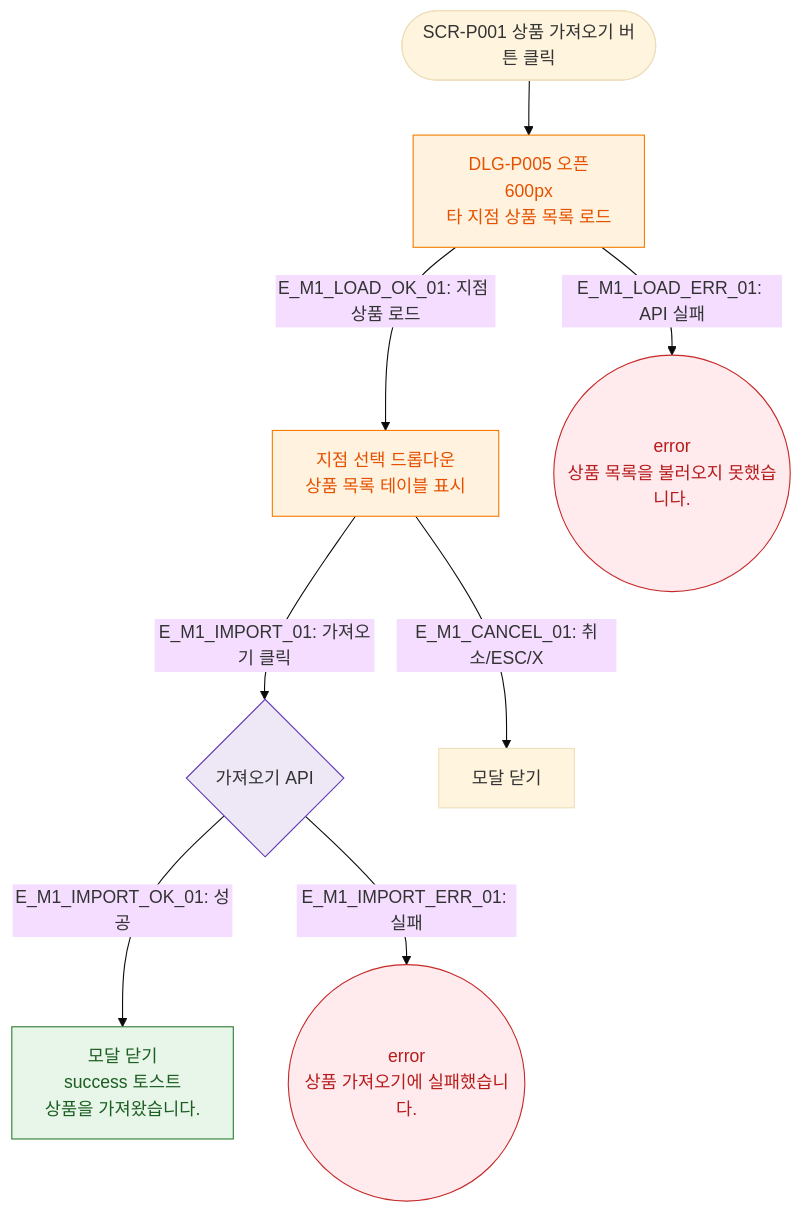
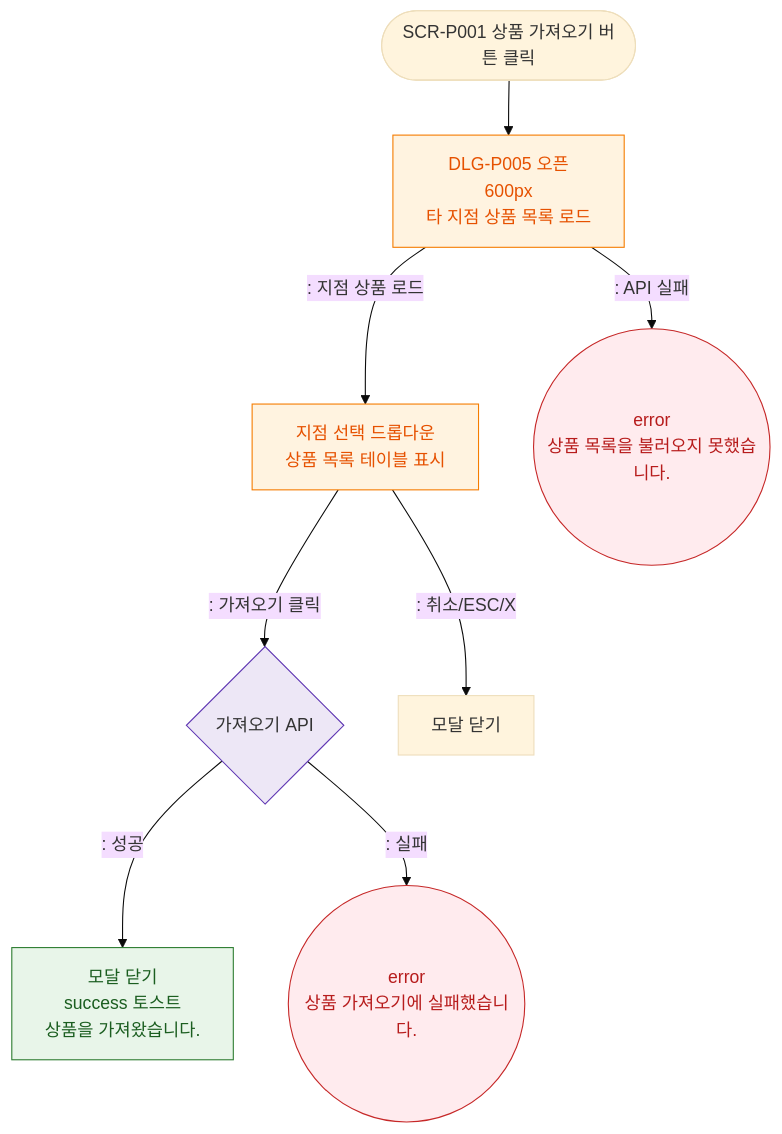
The diagram in docs/다이어그램/D05_상품관리/DLG/DLG-P005_상품가져오기/M1_모달생명주기.md (dev-spogym/admin-pando), drawn with Mermaid (base theme) before and after one commit. The commit also changed other lines of this file and 1660 other files, not shown here.

First line of the commit message:
다이어그램: 기획자/클라이언트 납품본으로 정리

````diff
--- a/docs/다이어그램/D05_상품관리/DLG/DLG-P005_상품가져오기/M1_모달생명주기.md
+++ b/docs/다이어그램/D05_상품관리/DLG/DLG-P005_상품가져오기/M1_모달생명주기.md
@@ -16,21 +14,21 @@
 ```mermaid
 flowchart TD
     TRIGGER([SCR-P001 상품 가져오기 버튼 클릭]) --> OpenModal[DLG-P005 오픈\n600px\n타 지점 상품 목록 로드]
-    OpenModal -->|"E_M1_LOAD_OK_01: 지점 상품 로드"| Ready[지점 선택 드롭다운\n상품 목록 테이블 표시]
-    OpenModal -->|"E_M1_LOAD_ERR_01: API 실패"| LoadErr((error\n상품 목록을 불러오지 못했습니다.))
+    OpenModal -->|": 지점 상품 로드"|Ready[지점 선택 드롭다운\n상품 목록 테이블 표시]
+    OpenModal -->|": API 실패"|LoadErr((error\n상품 목록을 불러오지 못했습니다.))
 
-    Ready -->|"E_M1_IMPORT_01: 가져오기 클릭"| ImportAPI{가져오기 API}
-    ImportAPI -->|"E_M1_IMPORT_OK_01: 성공"| CloseSuccess[모달 닫기\nsuccess 토스트\n상품을 가져왔습니다.]
-    ImportAPI -->|"E_M1_IMPORT_ERR_01: 실패"| ImportErr((error\n상품 가져오기에 실패했습니다.))
+    Ready -->|": 가져오기 클릭"|ImportAPI{가져오기 API}
+    ImportAPI -->|": 성공"|CloseSuccess[모달 닫기\nsuccess 토스트\n상품을 가져왔습니다.]
+    ImportAPI -->|": 실패"|ImportErr((error\n상품 가져오기에 실패했습니다.))
 
-    Ready -->|"E_M1_CANCEL_01: 취소/ESC/X"| Closed[모달 닫기]
+    Ready -->|": 취소/ESC/X"|Closed[모달 닫기]
 
     classDef modal fill:#FFF3E0,stroke:#F57C00,color:#E65100
     classDef success fill:#E8F5E9,stroke:#2E7D32,color:#1B5E20
     classDef error fill:#FFEBEE,stroke:#C62828,color:#B71C1C
     classDef system fill:#EDE7F6,stroke:#5E35B2
     class OpenModal,Ready modal
     class CloseSuccess success
     class LoadErr,ImportErr error
     class ImportAPI system
 ```
````
